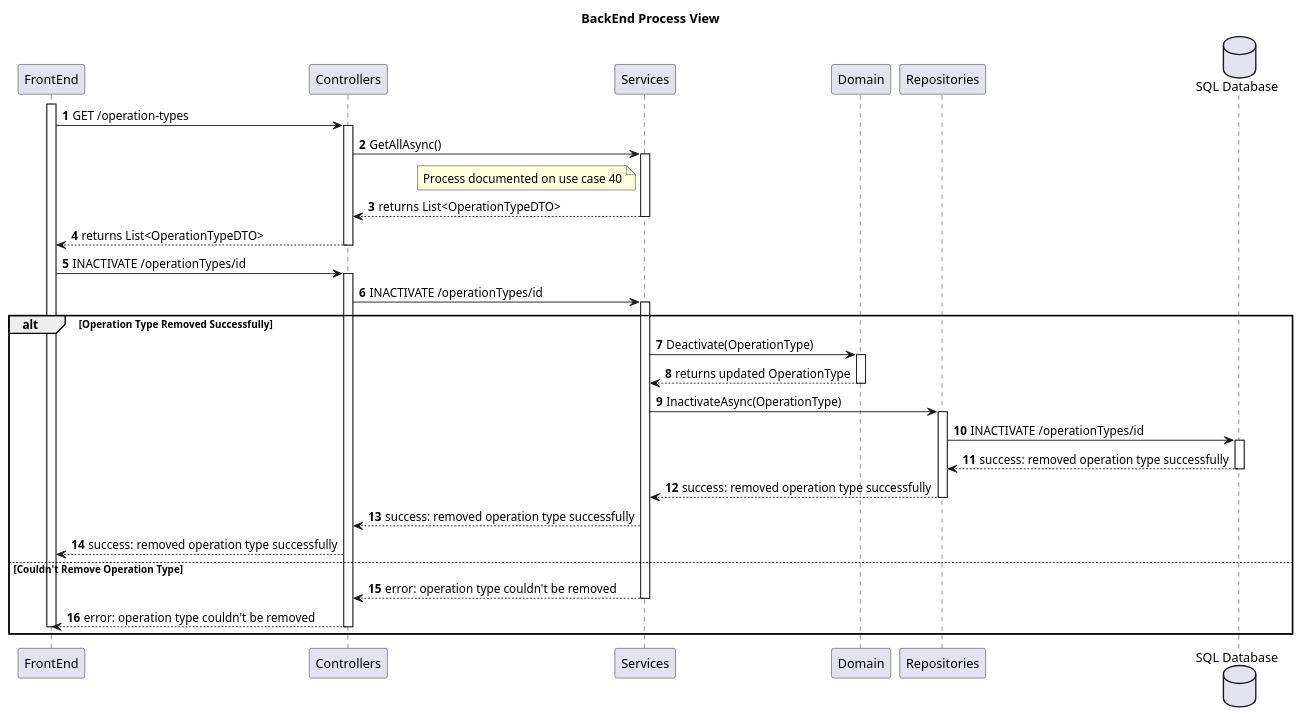
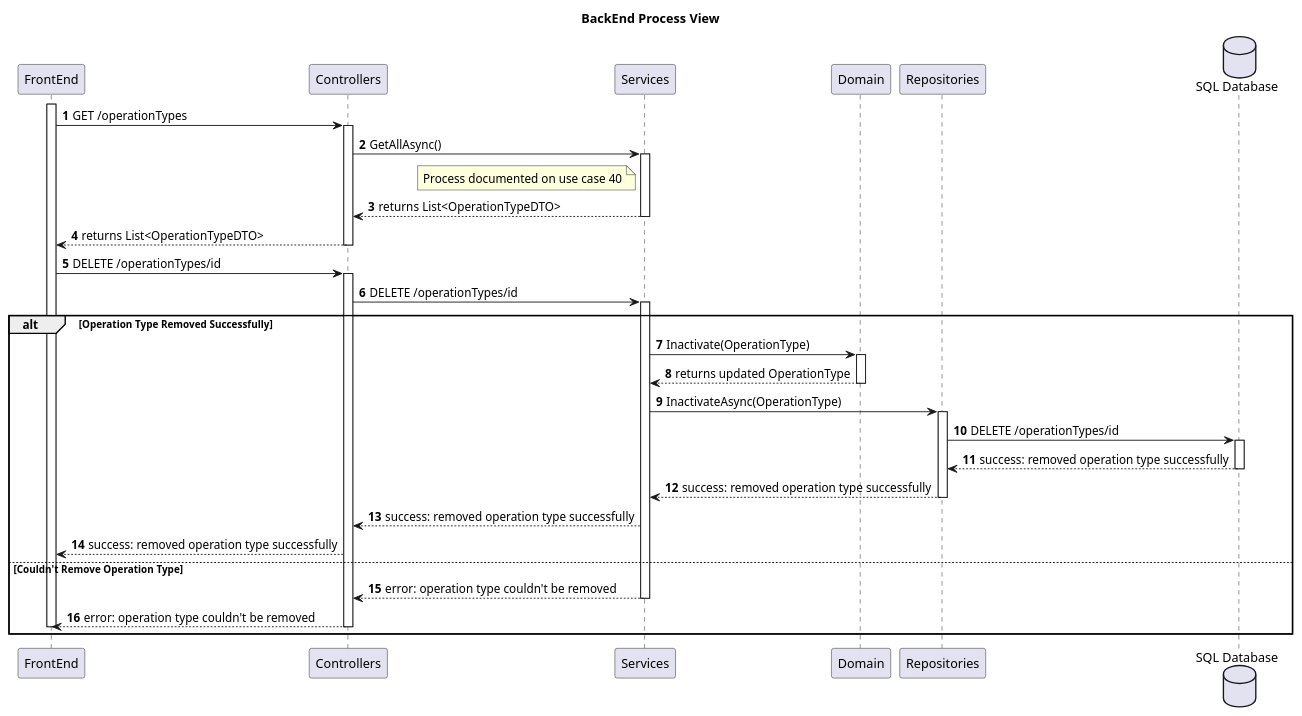
Before and after one commit to MiguelCardoso77/SurgicalSync-BackEnd: the diagram in Wiki/SprintA/diagrams/use-cases/33-remove-operation-types/level3/backend-process-view.puml, drawn with PlantUML. The commit also changed 6 other files, not shown here.

```diff
--- a/Wiki/SprintA/diagrams/use-cases/33-remove-operation-types/level3/backend-process-view.puml
+++ b/Wiki/SprintA/diagrams/use-cases/33-remove-operation-types/level3/backend-process-view.puml
@@ -1,69 +1,69 @@
 @startuml
 autonumber
 
 title BackEnd Process View
 
 participant "FrontEnd" as FE
 participant "Controllers" as CN
 participant "Services" as SV
 participant "Domain" as DM
 participant "Repositories" as REPO
 database "SQL Database" as SQL
 
 activate FE
-    FE -> CN : GET /operation-types
+    FE -> CN : GET /operationTypes
     activate CN
         
         CN -> SV : GetAllAsync()
         activate SV
         
             note left of SV
                 Process documented on use case 40
             end note
             SV --> CN : returns List<OperationTypeDTO>
         deactivate SV
         
         CN --> FE : returns List<OperationTypeDTO>
     deactivate CN
 
-    FE -> CN: INACTIVATE /operationTypes/id
+    FE -> CN: DELETE /operationTypes/id
     activate CN
     
-        CN -> SV : INACTIVATE /operationTypes/id
+        CN -> SV : DELETE /operationTypes/id
         activate SV
         
 alt Operation Type Removed Successfully
 
-            SV -> DM : Deactivate(OperationType)
+            SV -> DM : Inactivate(OperationType)
             activate DM
             
                 DM --> SV : returns updated OperationType
             deactivate DM
                  
             SV -> REPO : InactivateAsync(OperationType)
             activate REPO
             
-                REPO -> SQL : INACTIVATE /operationTypes/id
+                REPO -> SQL : DELETE /operationTypes/id
                 activate SQL
                 
                     SQL --> REPO : success: removed operation type successfully
                 deactivate SQL
                 
                 REPO --> SV : success: removed operation type successfully
             deactivate REPO
             
 
             SV --> CN : success: removed operation type successfully
         FE <-- CN: success: removed operation type successfully
 
 else Couldn't Remove Operation Type
 
             SV --> CN : error: operation type couldn't be removed
         deactivate SV
         FE <-- CN: error: operation type couldn't be removed
     deactivate CN     
                
 deactivate FE
 end
 
 @enduml
```
